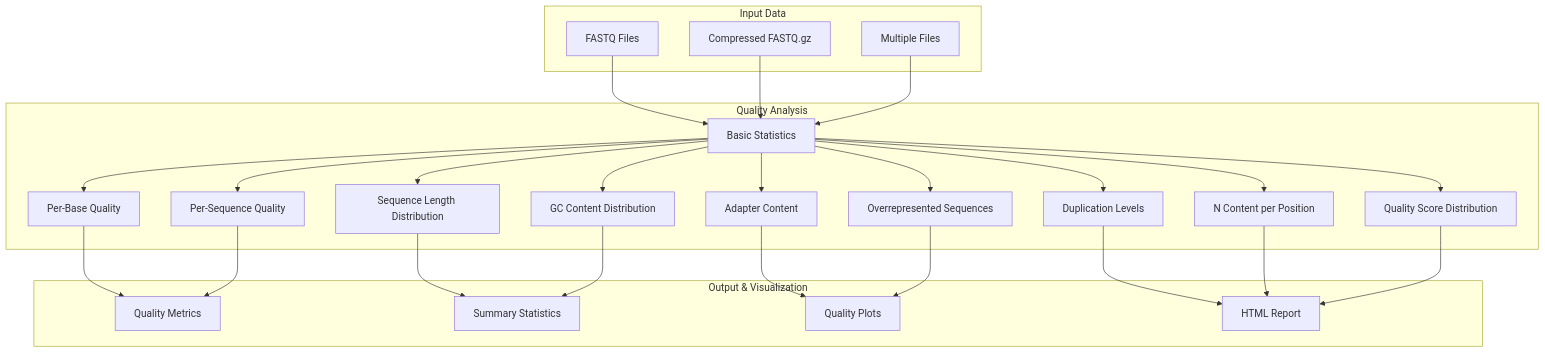
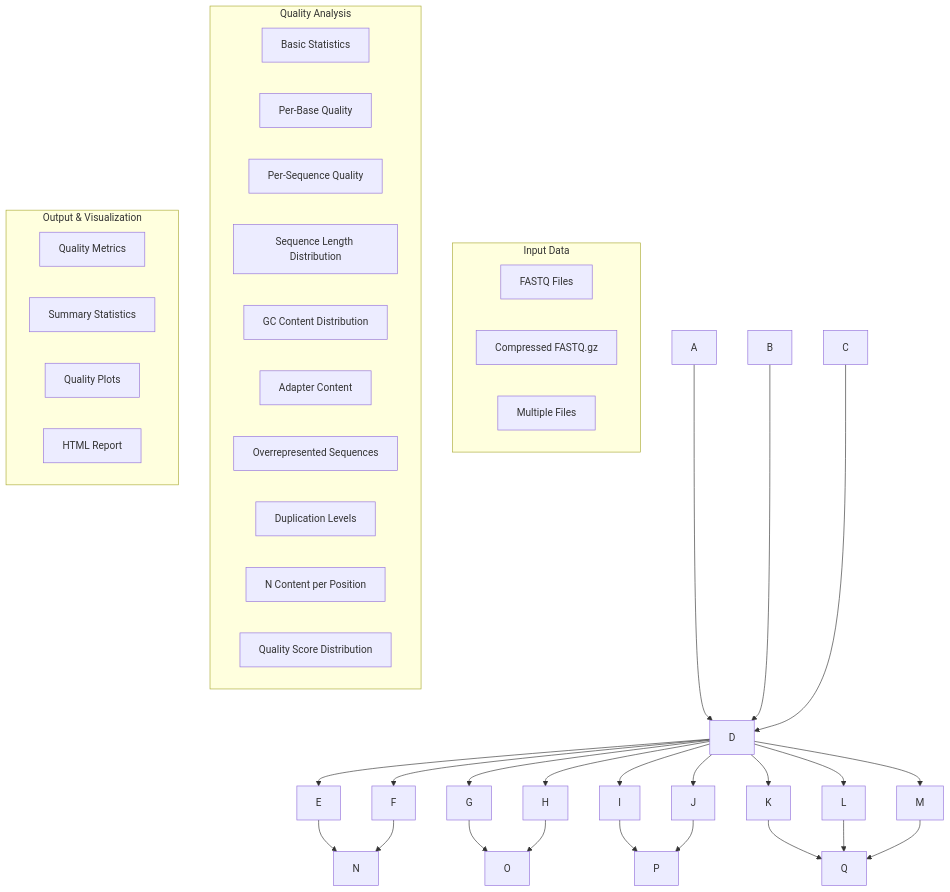
Before and after one commit to docxology/MetaInformAnt: the diagram in docs/quality/index.md, drawn with Mermaid. The commit also changed 611 other files, not shown here.

````diff
--- a/docs/quality/index.md
+++ b/docs/quality/index.md
@@ -11,51 +11,51 @@
 ```mermaid
 flowchart TB
-    subgraph Input[Input Data]
-        A[FASTQ Files]
-        B[Compressed FASTQ.gz]
-        C[Multiple Files]
+    subgraph InputinputData[Input Data]
+        AfastqFiles[FASTQ Files]
+        BcompressedFastq.gz[Compressed FASTQ.gz]
+        CmultipleFiles[Multiple Files]
     end
     
-    subgraph Analysis[Quality Analysis]
-        D[Basic Statistics]
-        E[Per-Base Quality]
-        F[Per-Sequence Quality]
-        G[Sequence Length Distribution]
-        H[GC Content Distribution]
-        I[Adapter Content]
-        J[Overrepresented Sequences]
-        K[Duplication Levels]
-        L[N Content per Position]
-        M[Quality Score Distribution]
+    subgraph AnalysisqualityAnalysis[Quality Analysis]
+        DbasicStatistics[Basic Statistics]
+        Eper-baseQuality[Per-Base Quality]
+        Fper-sequenceQuality[Per-Sequence Quality]
+        GsequenceLengthDistribution[Sequence Length Distribution]
+        HgcContentDistribution[GC Content Distribution]
+        IadapterContent[Adapter Content]
+        JoverrepresentedSequences[Overrepresented Sequences]
+        KduplicationLevels[Duplication Levels]
+        LnContentPerPosition[N Content per Position]
+        MqualityScoreDistribution[Quality Score Distribution]
     end
     
-    subgraph Output[Output & Visualization]
-        N[Quality Metrics]
-        O[Summary Statistics]
-        P[Quality Plots]
-        Q[HTML Report]
+    subgraph Outputoutput&Visualization[Output & Visualization]
+        NqualityMetrics[Quality Metrics]
+        OsummaryStatistics[Summary Statistics]
+        PqualityPlots[Quality Plots]
+        QhtmlReport[HTML Report]
     end
     
     A --> D
     B --> D
     C --> D
     D --> E
     D --> F
     D --> G
     D --> H
     D --> I
     D --> J
     D --> K
     D --> L
     D --> M
     
     E --> N
     F --> N
     G --> O
     H --> O
     I --> P
     J --> P
     K --> Q
     L --> Q
     M --> Q
 ```
````
